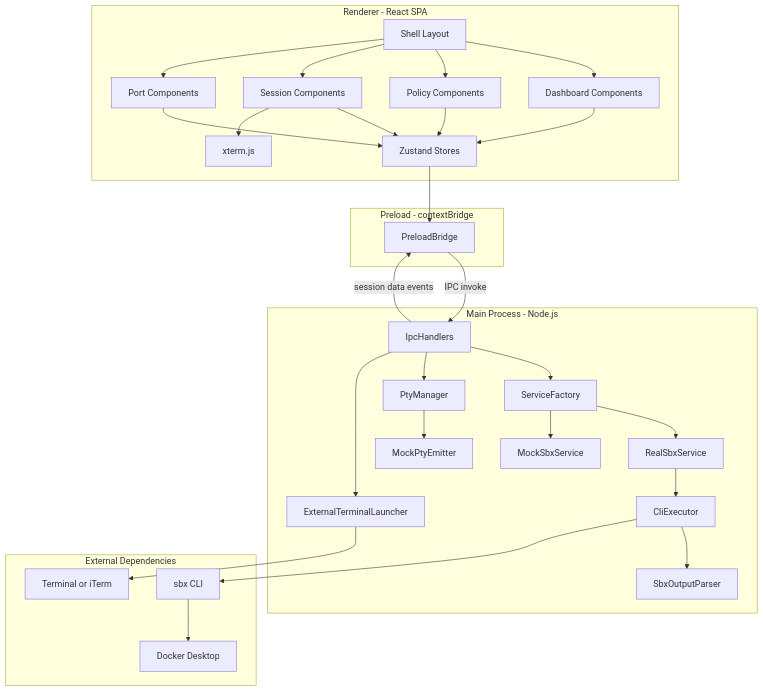
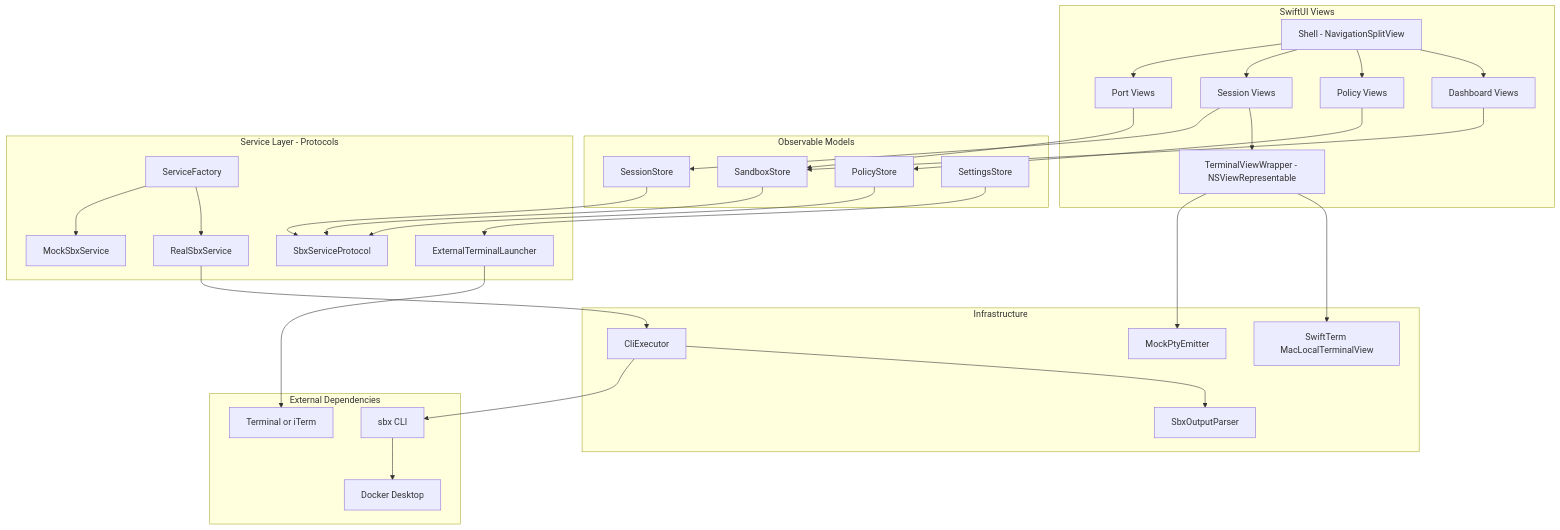
One commit to TETRA2000/sbx-ui changed the first of 4 diagrams in .kiro/specs/sbx-ui/design.md. Above: the diagram before and after it, drawn with Mermaid. The commit also changed other lines of this file and 2 other files, not shown here.

First line of the commit message:
Redesign sbx-ui for macOS native (SwiftUI + Swift), replacing Electron

````diff
--- a/.kiro/specs/sbx-ui/design.md
+++ b/.kiro/specs/sbx-ui/design.md
@@ -47,62 +48,66 @@
 ```mermaid
 graph TB
-    subgraph Renderer["Renderer - React SPA"]
-        UI_Layout[Shell Layout]
-        UI_Dashboard[Dashboard Components]
-        UI_Policies[Policy Components]
-        UI_Session[Session Components]
-        UI_Ports[Port Components]
-        Stores[Zustand Stores]
-        XTerm[xterm.js]
+    subgraph Views["SwiftUI Views"]
+        V_Shell[Shell - NavigationSplitView]
+        V_Dashboard[Dashboard Views]
+        V_Policies[Policy Views]
+        V_Session[Session Views]
+        V_Ports[Port Views]
+        V_Terminal[TerminalViewWrapper - NSViewRepresentable]
     end
 
-    subgraph Preload["Preload - contextBridge"]
-        Bridge[PreloadBridge]
+    subgraph Models["Observable Models"]
+        M_Sandbox[SandboxStore]
+        M_Policy[PolicyStore]
+        M_Session[SessionStore]
+        M_Settings[SettingsStore]
     end
 
-    subgraph Main["Main Process - Node.js"]
-        IPC[IpcHandlers]
-        Factory[ServiceFactory]
+    subgraph Services["Service Layer - Protocols"]
+        SvcProto[SbxServiceProtocol]
         RealSvc[RealSbxService]
         MockSvc[MockSbxService]
-        PtyMgr[PtyManager]
+        Factory[ServiceFactory]
+        TermLauncher[ExternalTerminalLauncher]
+    end
+
+    subgraph Infrastructure["Infrastructure"]
+        CliExec[CliExecutor]
+        Parser[SbxOutputParser]
+        SwiftTermLib[SwiftTerm MacLocalTerminalView]
         MockPty[MockPtyEmitter]
-        CLI[CliExecutor]
-        Parser[SbxOutputParser]
-        TermLauncher[ExternalTerminalLauncher]
     end
 
     subgraph External["External Dependencies"]
         SbxCLI[sbx CLI]
         Docker[Docker Desktop]
         TermApp[Terminal or iTerm]
     end
 
-    UI_Layout --> UI_Dashboard
-    UI_Layout --> UI_Policies
-    UI_Layout --> UI_Session
-    UI_Layout --> UI_Ports
-    UI_Dashboard --> Stores
-    UI_Policies --> Stores
-    UI_Session --> Stores
-    UI_Session --> XTerm
-    UI_Ports --> Stores
-    Stores --> Bridge
+    V_Shell --> V_Dashboard
+    V_Shell --> V_Policies
+    V_Shell --> V_Session
+    V_Shell --> V_Ports
+    V_Session --> V_Terminal
 
-    Bridge -->|IPC invoke| IPC
-    IPC -->|session data events| Bridge
+    V_Dashboard --> M_Sandbox
+    V_Policies --> M_Policy
+    V_Session --> M_Session
+    V_Ports --> M_Sandbox
 
-    IPC --> Factory
-    IPC --> PtyMgr
-    IPC --> TermLauncher
+    M_Sandbox --> SvcProto
+    M_Policy --> SvcProto
+    M_Session --> SvcProto
+    M_Settings --> TermLauncher
+
     Factory --> RealSvc
     Factory --> MockSvc
-
-    RealSvc --> CLI
-    CLI --> Parser
-    CLI --> SbxCLI
+    RealSvc --> CliExec
+    CliExec --> Parser
+    CliExec --> SbxCLI
     SbxCLI --> Docker
 
-    PtyMgr --> MockPty
+    V_Terminal --> SwiftTermLib
+    V_Terminal --> MockPty
     TermLauncher --> TermApp
 ```
````
